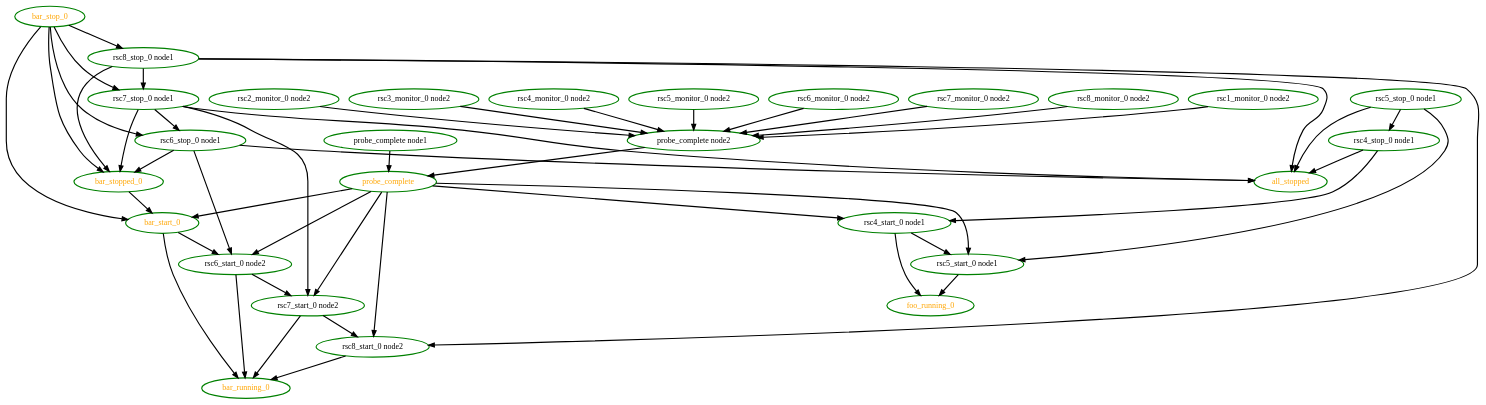
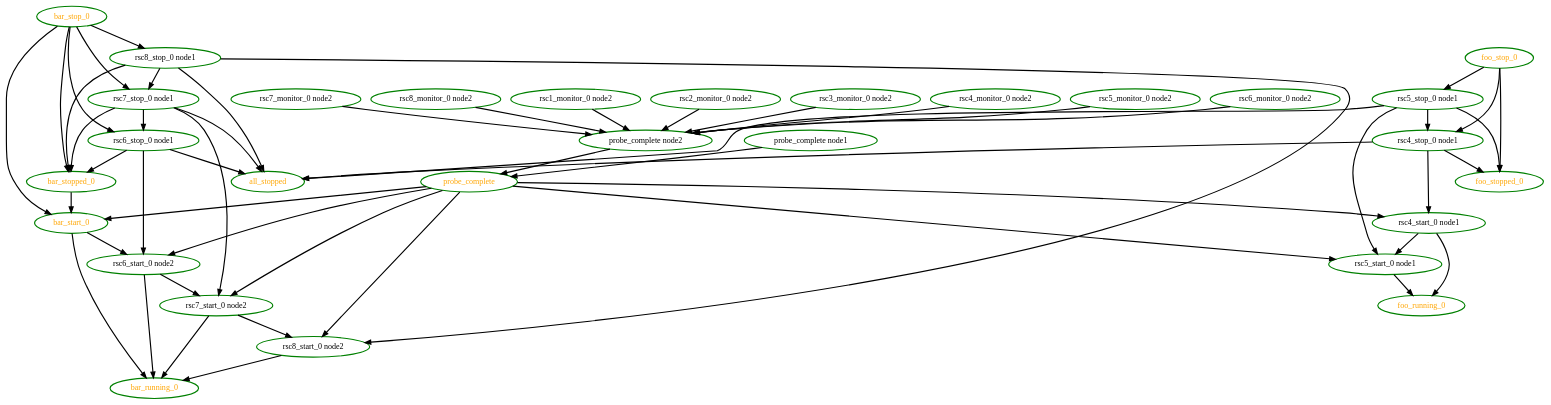
One commit to linux-ha-japan/pm_diskd changed the diagram in pengine/testcases/group9.dot. Above: the diagram before and after it, drawn with Graphviz. The commit also changed 27 other files, not shown here.

```diff
--- a/pengine/testcases/group9.dot
+++ b/pengine/testcases/group9.dot
@@ -1,77 +1,84 @@
  digraph "g" {
 "all_stopped" [ style=bold color="green" fontcolor="orange"  ]
 "bar_running_0" [ style=bold color="green" fontcolor="orange" ]
 "bar_start_0" -> "bar_running_0" [ style = bold]
 "bar_start_0" -> "rsc6_start_0 node2" [ style = bold]
 "bar_start_0" [ style=bold color="green" fontcolor="orange" ]
 "bar_stop_0" -> "bar_start_0" [ style = bold]
 "bar_stop_0" -> "bar_stopped_0" [ style = bold]
 "bar_stop_0" -> "rsc6_stop_0 node1" [ style = bold]
 "bar_stop_0" -> "rsc7_stop_0 node1" [ style = bold]
 "bar_stop_0" -> "rsc8_stop_0 node1" [ style = bold]
 "bar_stop_0" [ style=bold color="green" fontcolor="orange" ]
 "bar_stopped_0" -> "bar_start_0" [ style = bold]
 "bar_stopped_0" [ style=bold color="green" fontcolor="orange" ]
 "foo_running_0" [ style=bold color="green" fontcolor="orange" ]
+"foo_stop_0" -> "foo_stopped_0" [ style = bold]
+"foo_stop_0" -> "rsc4_stop_0 node1" [ style = bold]
+"foo_stop_0" -> "rsc5_stop_0 node1" [ style = bold]
+"foo_stop_0" [ style=bold color="green" fontcolor="orange"  ]
+"foo_stopped_0" [ style=bold color="green" fontcolor="orange"  ]
 "probe_complete node1" -> "probe_complete" [ style = bold]
 "probe_complete node1" [ style=bold color="green" fontcolor="black" ]
 "probe_complete node2" -> "probe_complete" [ style = bold]
 "probe_complete node2" [ style=bold color="green" fontcolor="black" ]
 "probe_complete" -> "bar_start_0" [ style = bold]
 "probe_complete" -> "rsc4_start_0 node1" [ style = bold]
 "probe_complete" -> "rsc5_start_0 node1" [ style = bold]
 "probe_complete" -> "rsc6_start_0 node2" [ style = bold]
 "probe_complete" -> "rsc7_start_0 node2" [ style = bold]
 "probe_complete" -> "rsc8_start_0 node2" [ style = bold]
 "probe_complete" [ style=bold color="green" fontcolor="orange" ]
 "rsc1_monitor_0 node2" -> "probe_complete node2" [ style = bold]
 "rsc1_monitor_0 node2" [ style=bold color="green" fontcolor="black" ]
 "rsc2_monitor_0 node2" -> "probe_complete node2" [ style = bold]
 "rsc2_monitor_0 node2" [ style=bold color="green" fontcolor="black" ]
 "rsc3_monitor_0 node2" -> "probe_complete node2" [ style = bold]
 "rsc3_monitor_0 node2" [ style=bold color="green" fontcolor="black" ]
 "rsc4_monitor_0 node2" -> "probe_complete node2" [ style = bold]
 "rsc4_monitor_0 node2" [ style=bold color="green" fontcolor="black" ]
 "rsc4_start_0 node1" -> "foo_running_0" [ style = bold]
 "rsc4_start_0 node1" -> "rsc5_start_0 node1" [ style = bold]
 "rsc4_start_0 node1" [ style=bold color="green" fontcolor="black" ]
 "rsc4_stop_0 node1" -> "all_stopped" [ style = bold]
+"rsc4_stop_0 node1" -> "foo_stopped_0" [ style = bold]
 "rsc4_stop_0 node1" -> "rsc4_start_0 node1" [ style = bold]
 "rsc4_stop_0 node1" [ style=bold color="green" fontcolor="black" ]
 "rsc5_monitor_0 node2" -> "probe_complete node2" [ style = bold]
 "rsc5_monitor_0 node2" [ style=bold color="green" fontcolor="black" ]
 "rsc5_start_0 node1" -> "foo_running_0" [ style = bold]
 "rsc5_start_0 node1" [ style=bold color="green" fontcolor="black" ]
 "rsc5_stop_0 node1" -> "all_stopped" [ style = bold]
+"rsc5_stop_0 node1" -> "foo_stopped_0" [ style = bold]
 "rsc5_stop_0 node1" -> "rsc4_stop_0 node1" [ style = bold]
 "rsc5_stop_0 node1" -> "rsc5_start_0 node1" [ style = bold]
 "rsc5_stop_0 node1" [ style=bold color="green" fontcolor="black" ]
 "rsc6_monitor_0 node2" -> "probe_complete node2" [ style = bold]
 "rsc6_monitor_0 node2" [ style=bold color="green" fontcolor="black" ]
 "rsc6_start_0 node2" -> "bar_running_0" [ style = bold]
 "rsc6_start_0 node2" -> "rsc7_start_0 node2" [ style = bold]
 "rsc6_start_0 node2" [ style=bold color="green" fontcolor="black" ]
 "rsc6_stop_0 node1" -> "all_stopped" [ style = bold]
 "rsc6_stop_0 node1" -> "bar_stopped_0" [ style = bold]
 "rsc6_stop_0 node1" -> "rsc6_start_0 node2" [ style = bold]
 "rsc6_stop_0 node1" [ style=bold color="green" fontcolor="black" ]
 "rsc7_monitor_0 node2" -> "probe_complete node2" [ style = bold]
 "rsc7_monitor_0 node2" [ style=bold color="green" fontcolor="black" ]
 "rsc7_start_0 node2" -> "bar_running_0" [ style = bold]
 "rsc7_start_0 node2" -> "rsc8_start_0 node2" [ style = bold]
 "rsc7_start_0 node2" [ style=bold color="green" fontcolor="black" ]
 "rsc7_stop_0 node1" -> "all_stopped" [ style = bold]
 "rsc7_stop_0 node1" -> "bar_stopped_0" [ style = bold]
 "rsc7_stop_0 node1" -> "rsc6_stop_0 node1" [ style = bold]
 "rsc7_stop_0 node1" -> "rsc7_start_0 node2" [ style = bold]
 "rsc7_stop_0 node1" [ style=bold color="green" fontcolor="black" ]
 "rsc8_monitor_0 node2" -> "probe_complete node2" [ style = bold]
 "rsc8_monitor_0 node2" [ style=bold color="green" fontcolor="black" ]
 "rsc8_start_0 node2" -> "bar_running_0" [ style = bold]
 "rsc8_start_0 node2" [ style=bold color="green" fontcolor="black" ]
 "rsc8_stop_0 node1" -> "all_stopped" [ style = bold]
 "rsc8_stop_0 node1" -> "bar_stopped_0" [ style = bold]
 "rsc8_stop_0 node1" -> "rsc7_stop_0 node1" [ style = bold]
 "rsc8_stop_0 node1" -> "rsc8_start_0 node2" [ style = bold]
 "rsc8_stop_0 node1" [ style=bold color="green" fontcolor="black" ]
 }
```
